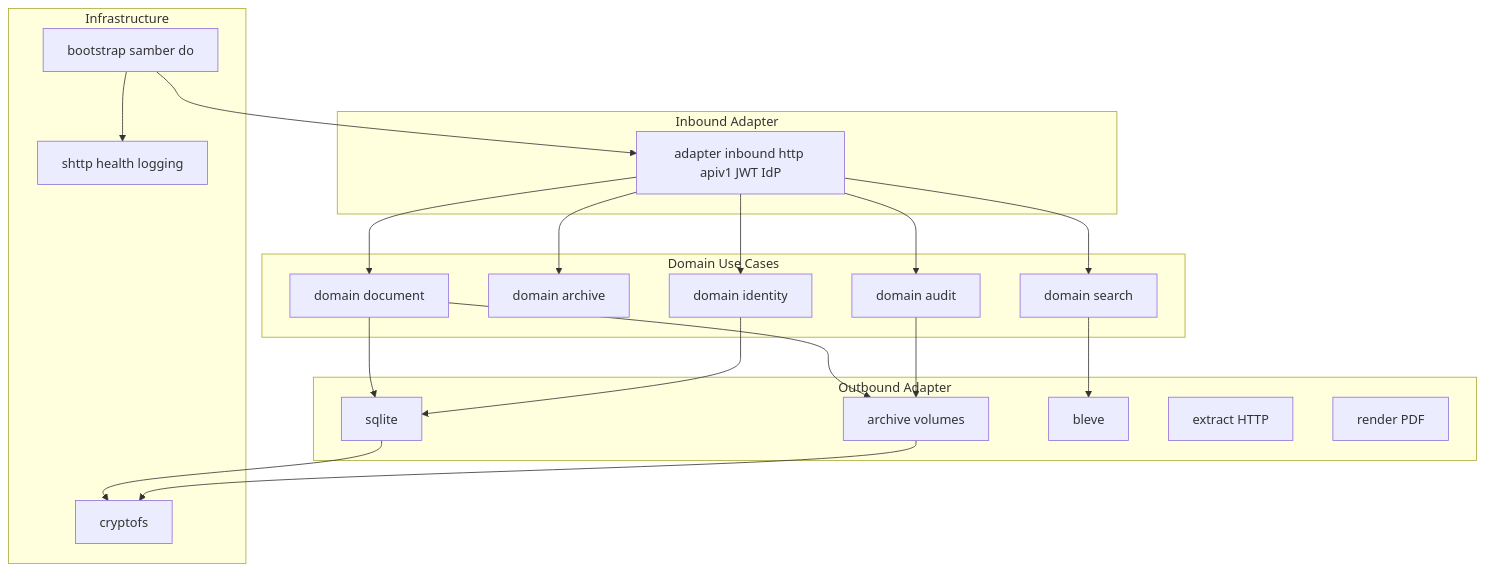
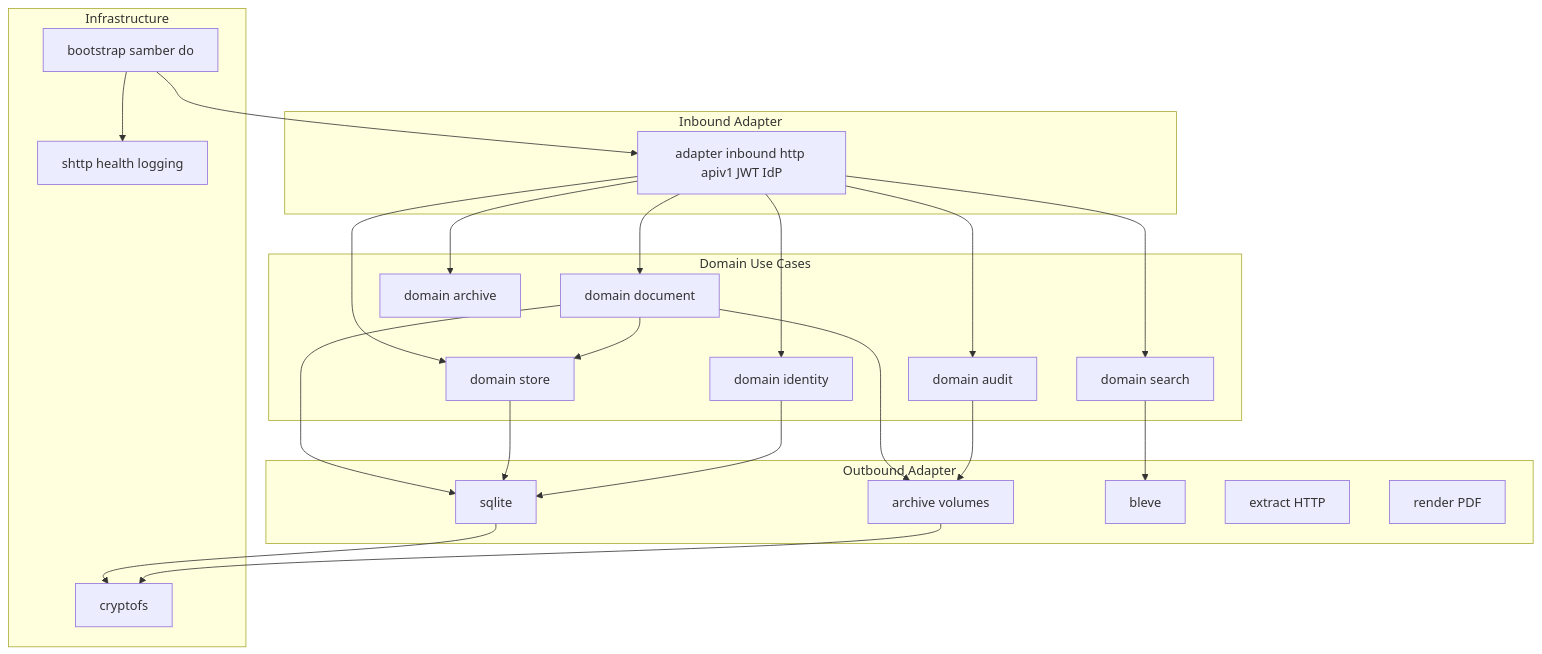
One commit to willie68/arcivio changed the second of 2 diagrams in PLAN.md. Above: the diagram before and after it, drawn with Mermaid. The commit also changed other lines of this file, not shown here.

````diff
--- a/PLAN.md
+++ b/PLAN.md
@@ -113,39 +115,43 @@
 ```mermaid
 flowchart TB
   subgraph inbound [Inbound Adapter]
     HTTP[adapter inbound http apiv1 JWT IdP]
   end
   subgraph app [Domain Use Cases]
     Doc[domain document]
+    StoreD[domain store]
     ArchD[domain archive]
     SearchD[domain search]
     AuthD[domain identity]
     AuditD[domain audit]
   end
   subgraph outbound [Outbound Adapter]
     SQL[sqlite]
     Vol[archive volumes]
     Bleve[bleve]
     Ext[extract HTTP]
     Rend[render PDF]
   end
   subgraph infra [Infrastructure]
     SHttp[shttp health logging]
     Crypto[cryptofs]
     Boot[bootstrap samber do]
   end
   HTTP --> Doc
+  HTTP --> StoreD
   HTTP --> ArchD
   HTTP --> SearchD
   HTTP --> AuthD
   HTTP --> AuditD
+  Doc --> StoreD
   Doc --> SQL
   Doc --> Vol
+  StoreD --> SQL
   SearchD --> Bleve
   AuthD --> SQL
   AuditD --> Vol
   SQL --> Crypto
   Vol --> Crypto
   Boot --> HTTP
   Boot --> SHttp
 ```
````
